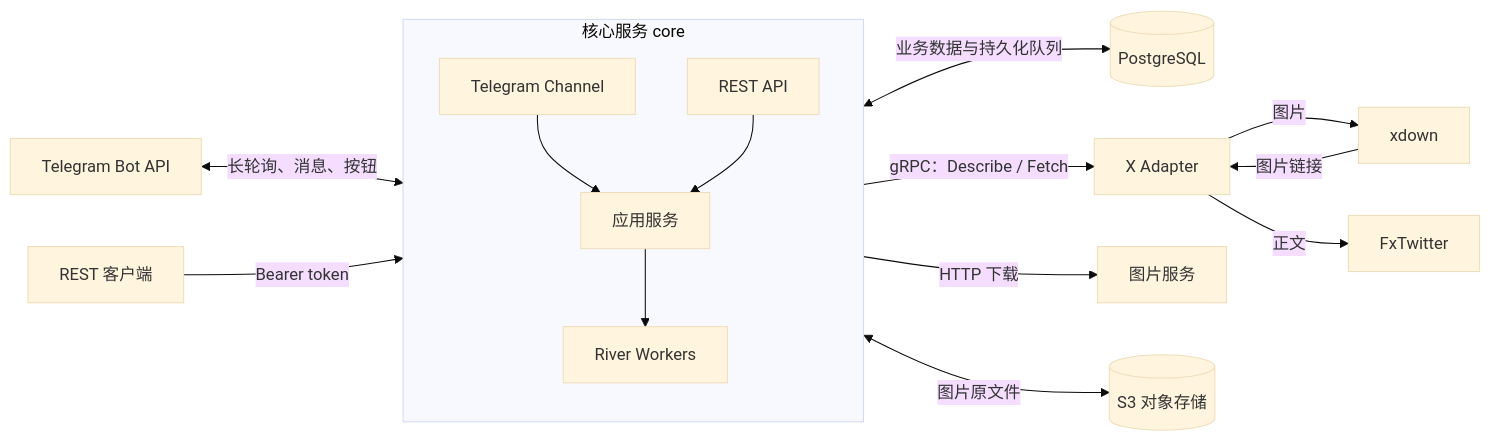
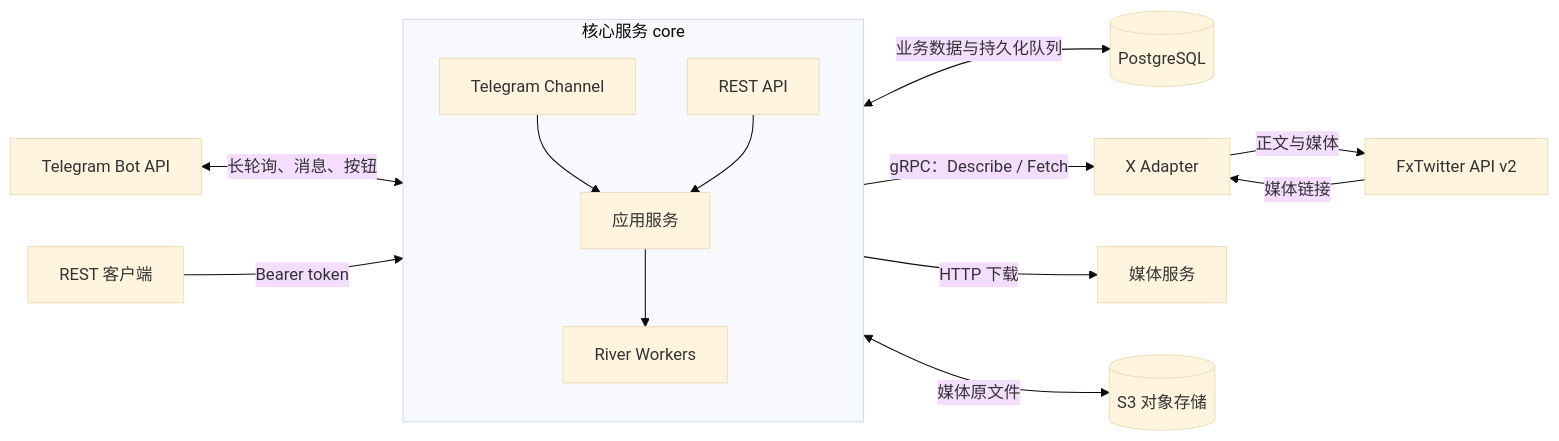
The first of 2 diagrams in docs/architecture.md (sxzz/midden), drawn with Mermaid (base theme) before and after one commit. The commit also changed other lines of this file and 40 other files, not shown here.

Commit message:
Archive FxTwitter videos with immutable media caching and require group mentions

````diff
--- a/docs/architecture.md
+++ b/docs/architecture.md
@@ -7,21 +7,20 @@
 ```mermaid
 flowchart LR
     TG[Telegram Bot API] <-->|长轮询、消息、按钮| Core
     API[REST 客户端] -->|Bearer token| Core
     subgraph Core[核心服务 core]
         Channel[Telegram Channel]
         REST[REST API]
         App[应用服务]
         Workers[River Workers]
         Channel --> App
         REST --> App
         App --> Workers
     end
     Core <-->|业务数据与持久化队列| PG[(PostgreSQL)]
     Core -->|gRPC：Describe / Fetch| Adapter[X Adapter]
-    Adapter -->|图片| Provider[xdown]
-    Adapter -->|正文| TextSource[FxTwitter]
-    Provider -->|图片链接| Adapter
-    Core -->|HTTP 下载| Media[图片服务]
-    Core <-->|图片原文件| S3[(S3 对象存储)]
+    Adapter -->|正文与媒体| Provider[FxTwitter API v2]
+    Provider -->|媒体链接| Adapter
+    Core -->|HTTP 下载| Media[媒体服务]
+    Core <-->|媒体原文件| S3[(S3 对象存储)]
 ```
````
